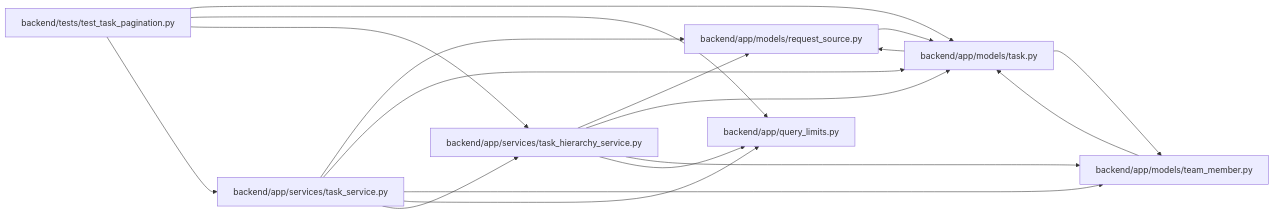
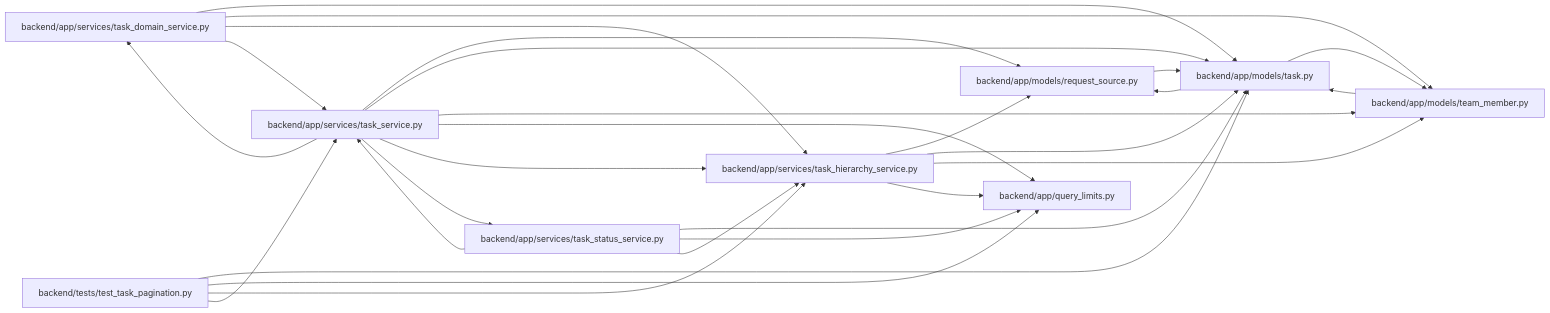
One commit to Denissvgn/WorkChord changed the diagram in docs/llm_wiki/modules/task_hierarchy_service.md. Above: the diagram before and after it, drawn with Mermaid. The commit also changed other lines of this file and 25171 other files, not shown here.

````diff
--- a/docs/llm_wiki/modules/task_hierarchy_service.md
+++ b/docs/llm_wiki/modules/task_hierarchy_service.md
@@ -25,34 +25,48 @@
 ```mermaid
 flowchart LR
     n0["backend/app/models/request_source.py"]
     n1["backend/app/models/task.py"]
     n2["backend/app/models/team_member.py"]
     n3["backend/app/query_limits.py"]
-    n4["backend/app/services/task_hierarchy_service.py"]
-    n5["backend/app/services/task_service.py"]
-    n6["backend/tests/test_task_pagination.py"]
+    n4["backend/app/services/task_domain_service.py"]
+    n5["backend/app/services/task_hierarchy_service.py"]
+    n6["backend/app/services/task_service.py"]
+    n7["backend/app/services/task_status_service.py"]
+    n8["backend/tests/test_task_pagination.py"]
     n0 --> n1
     n1 --> n0
     n1 --> n2
     n2 --> n1
-    n4 --> n0
     n4 --> n1
     n4 --> n2
-    n4 --> n3
+    n4 --> n5
+    n4 --> n6
     n5 --> n0
     n5 --> n1
     n5 --> n2
     n5 --> n3
-    n5 --> n4
+    n6 --> n0
     n6 --> n1
+    n6 --> n2
     n6 --> n3
     n6 --> n4
     n6 --> n5
+    n6 --> n7
+    n7 --> n1
+    n7 --> n3
+    n7 --> n5
+    n7 --> n6
+    n8 --> n1
+    n8 --> n3
+    n8 --> n5
+    n8 --> n6
     click n0 "../modules/models_request_source.md"
     click n1 "../modules/models_task.md"
     click n2 "../modules/team_member.md"
     click n3 "../modules/query_limits.md"
-    click n4 "../modules/task_hierarchy_service.md"
-    click n5 "../modules/task_service.md"
-    click n6 "../modules/test_task_pagination.md"
+    click n4 "../modules/task_domain_service.md"
+    click n5 "../modules/task_hierarchy_service.md"
+    click n6 "../modules/task_service.md"
+    click n7 "../modules/task_status_service.md"
+    click n8 "../modules/test_task_pagination.md"
 ```
````
